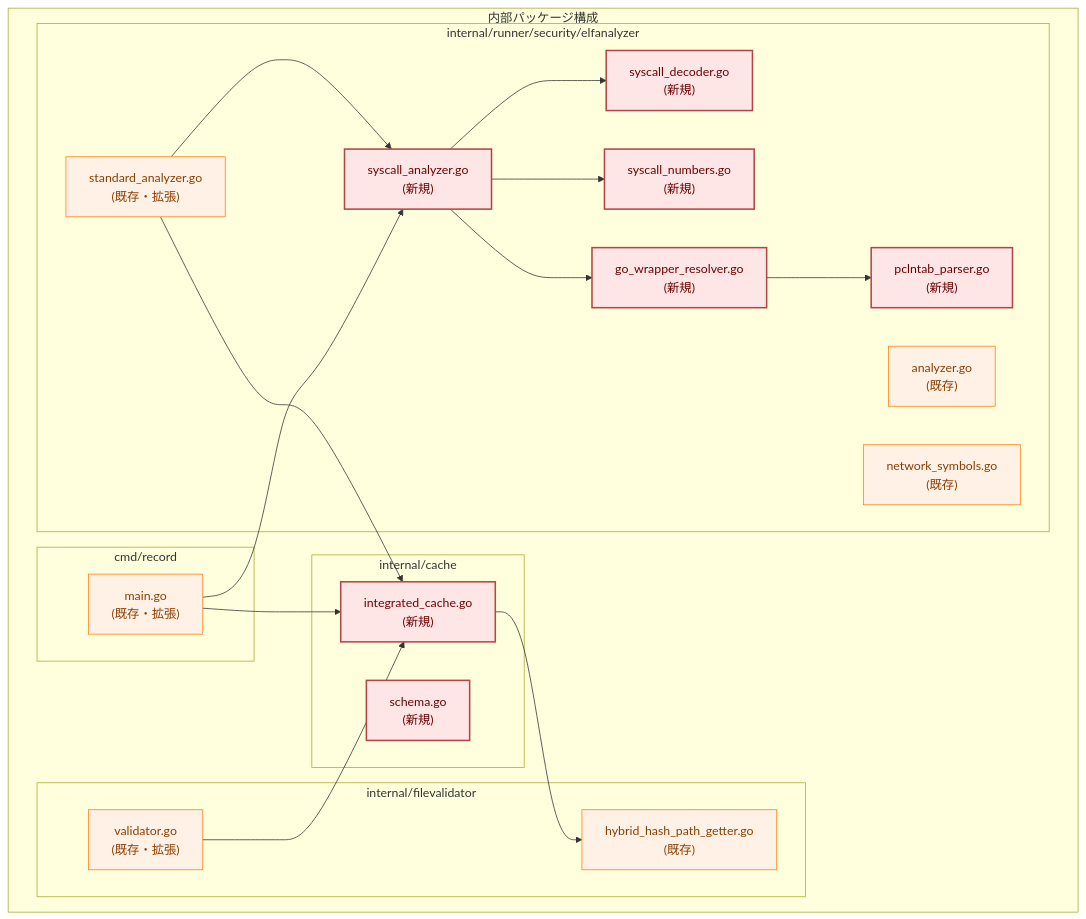
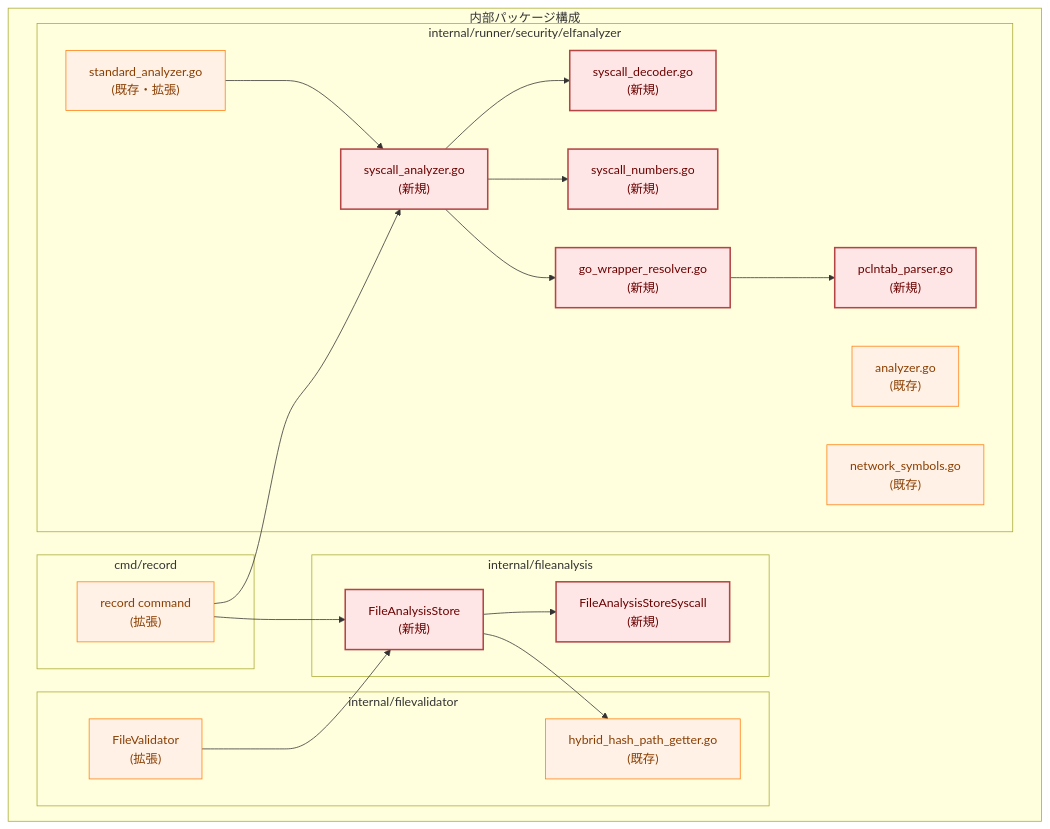
One commit to isseis/go-safe-cmd-runner changed the fourth of 18 diagrams in docs/tasks/0070_elf_syscall_analysis/02_architecture.md. Above: the diagram before and after it, drawn with Mermaid. The commit also changed other lines of this file and 2 other files, not shown here.

First line of the commit message:
docs: rename integrated cache to file-analysis store

````diff
--- a/docs/tasks/0070_elf_syscall_analysis/02_architecture.md
+++ b/docs/tasks/0070_elf_syscall_analysis/02_architecture.md
@@ -92,48 +92,45 @@
 ```mermaid
 graph TB
     classDef data fill:#e6f7ff,stroke:#1f77b4,stroke-width:1px,color:#0b3d91
     classDef process fill:#fff1e6,stroke:#ff7f0e,stroke-width:1px,color:#8a3e00
     classDef enhanced fill:#e8f5e8,stroke:#2e8b57,stroke-width:2px,color:#006400
     classDef new fill:#ffe6e6,stroke:#b54545,stroke-width:2px,color:#6b0000
 
     subgraph "内部パッケージ構成"
         subgraph "internal/runner/security/elfanalyzer"
             A["analyzer.go<br>(既存)"]
             B["standard_analyzer.go<br>(既存・拡張)"]
             C["network_symbols.go<br>(既存)"]
             D["syscall_analyzer.go<br>(新規)"]
             E["syscall_decoder.go<br>(新規)"]
             F["syscall_numbers.go<br>(新規)"]
             G["go_wrapper_resolver.go<br>(新規)"]
             P["pclntab_parser.go<br>(新規)"]
         end
-
+        subgraph "internal/fileanalysis"
+            J["FileAnalysisStore<br>(新規)"]
+            K["FileAnalysisStoreSyscall<br>(新規)"]
+        end
         subgraph "internal/filevalidator"
-            H["validator.go<br>(既存・拡張)"]
+            H["FileValidator<br>(拡張)"]
             I["hybrid_hash_path_getter.go<br>(既存)"]
         end
-
-        subgraph "internal/cache"
-            J["integrated_cache.go<br>(新規)"]
-            K["schema.go<br>(新規)"]
-        end
-
         subgraph "cmd/record"
-            L["main.go<br>(既存・拡張)"]
+            L["record command<br>(拡張)"]
         end
     end
 
     D --> E
     D --> F
     D --> G
     G --> P
     B --> D
-    B --> J
+    J --> K
     H --> J
     J --> I
     L --> D
     L --> J
 
     class A,B,C,H,I,L process
     class D,E,F,G,P,J,K new
 ```
````
